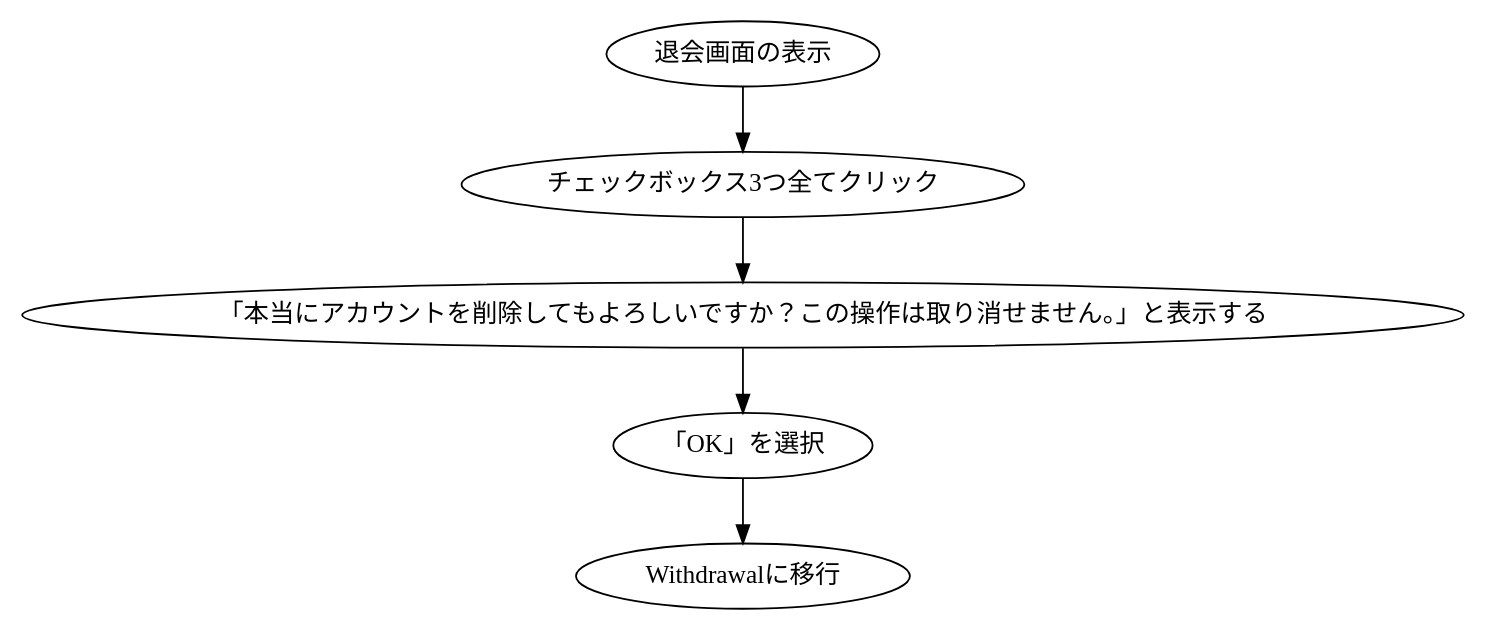
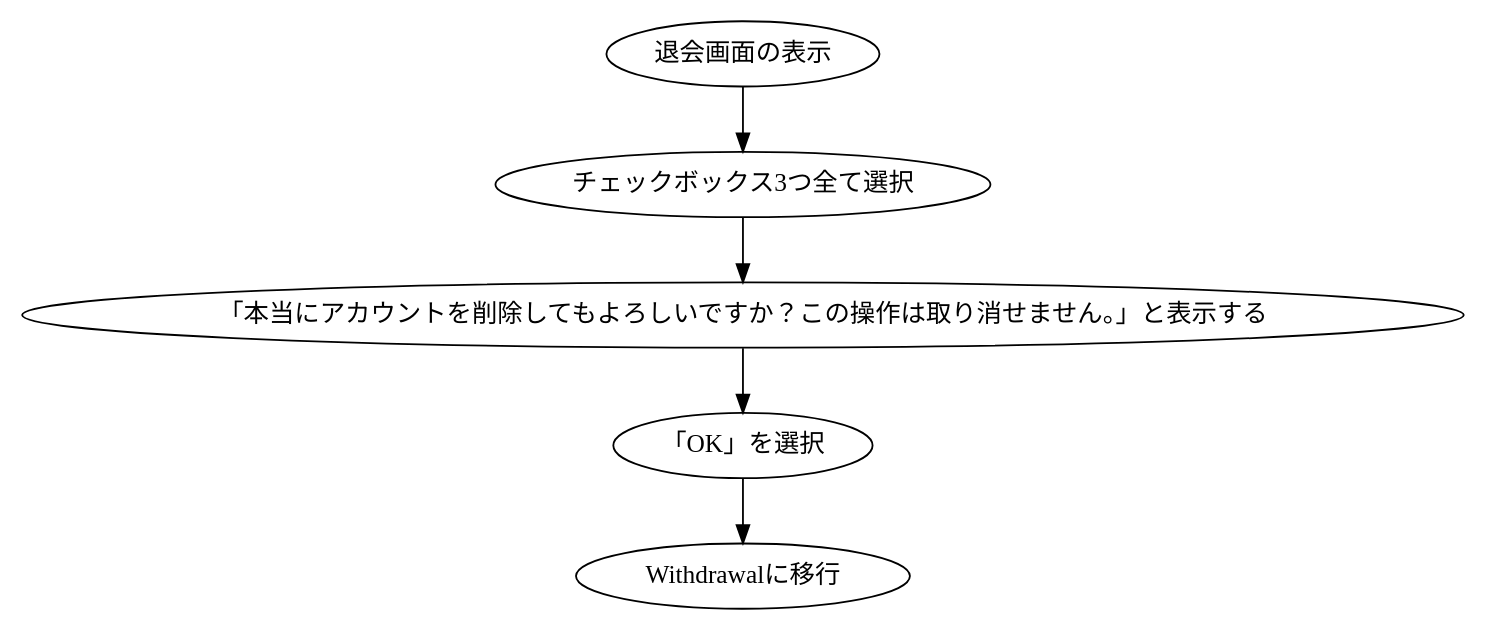
The diagram in dot/marudemaru/WithdrawalScreen.dot (KUT-Group12/internal_design), drawn with Graphviz before and after one commit. The commit also changed 15 other files, not shown here.

```diff
--- a/dot/marudemaru/WithdrawalScreen.dot
+++ b/dot/marudemaru/WithdrawalScreen.dot
@@ -1,14 +1,14 @@
 digraph G {
     #include "style.doth"
 
     screen[label = "退会画面の表示"]
-    click[label = "チェックボックス3つ全てクリック"]
+    click[label = "チェックボックス3つ全て選択"]
     view[label = "「本当にアカウントを削除してもよろしいですか？この操作は取り消せません。」と表示する"]
     ok[label = "「OK」を選択"]
     move[label = "Withdrawalに移行"]
 
     screen -> click
     click -> view
     view -> ok
     ok -> move
 }
```
